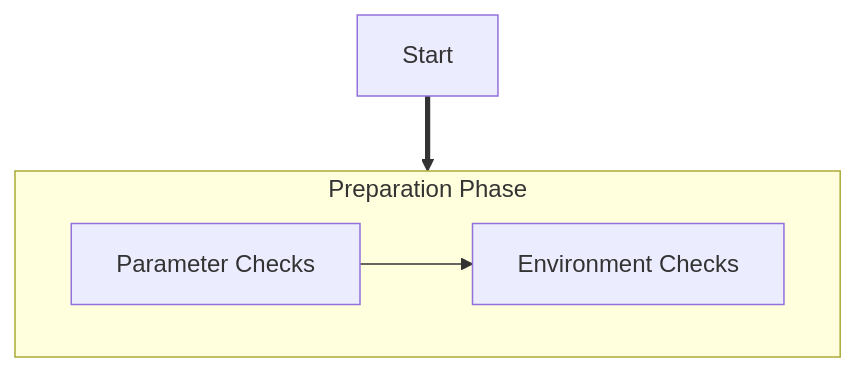
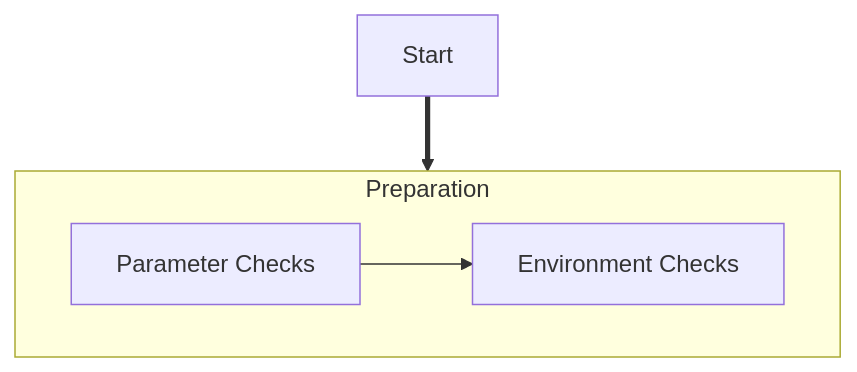
The diagram in SMKITS5/README.md (bh-8/amsl-it-security-projects), drawn with Mermaid before and after one commit.

````diff
--- a/SMKITS5/README.md
+++ b/SMKITS5/README.md
@@ -78,11 +78,11 @@
     ```mermaid
     flowchart TB;
       start["Start"]
-      subgraph "Preparation Phase"
+      subgraph Preparation
         direction LR
         params["Parameter Checks"]
         env["Environment Checks"]
         params-->env
       end
-      start==>params
+      start==>Preparation
     ```
````
